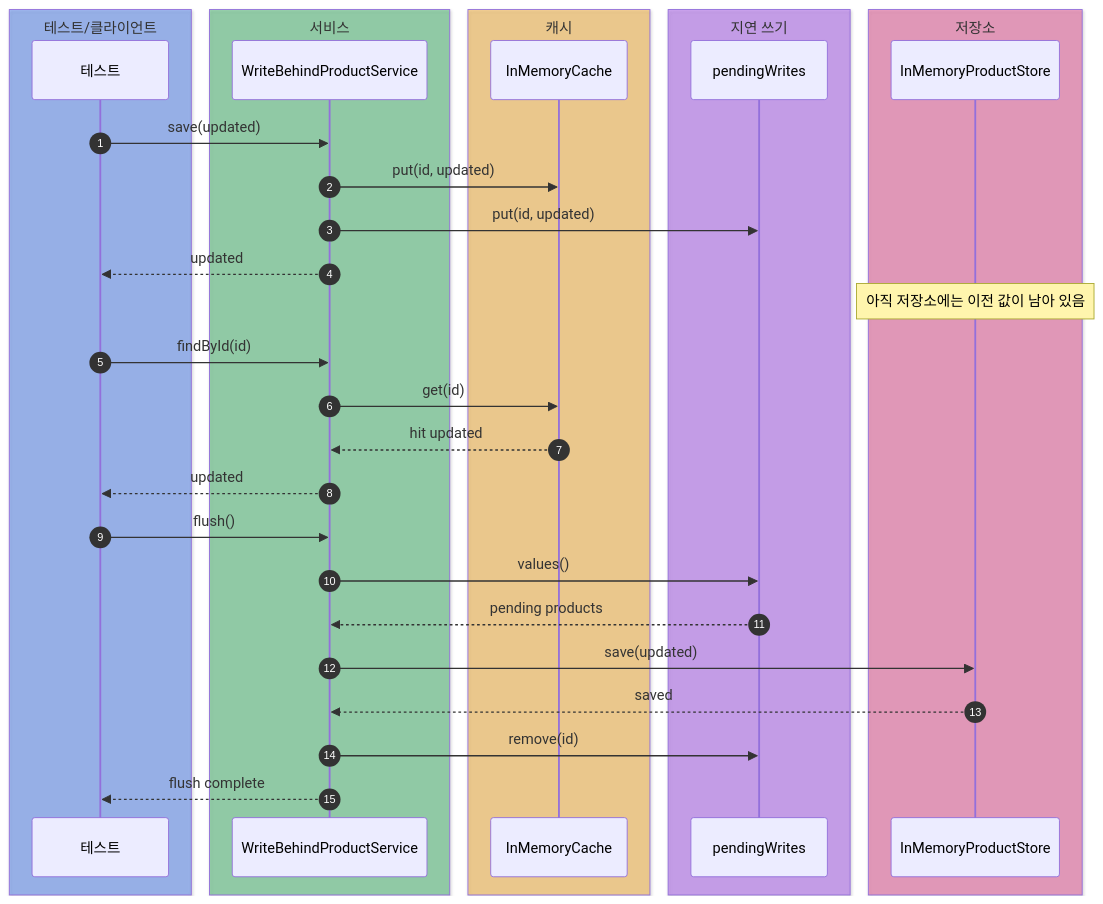
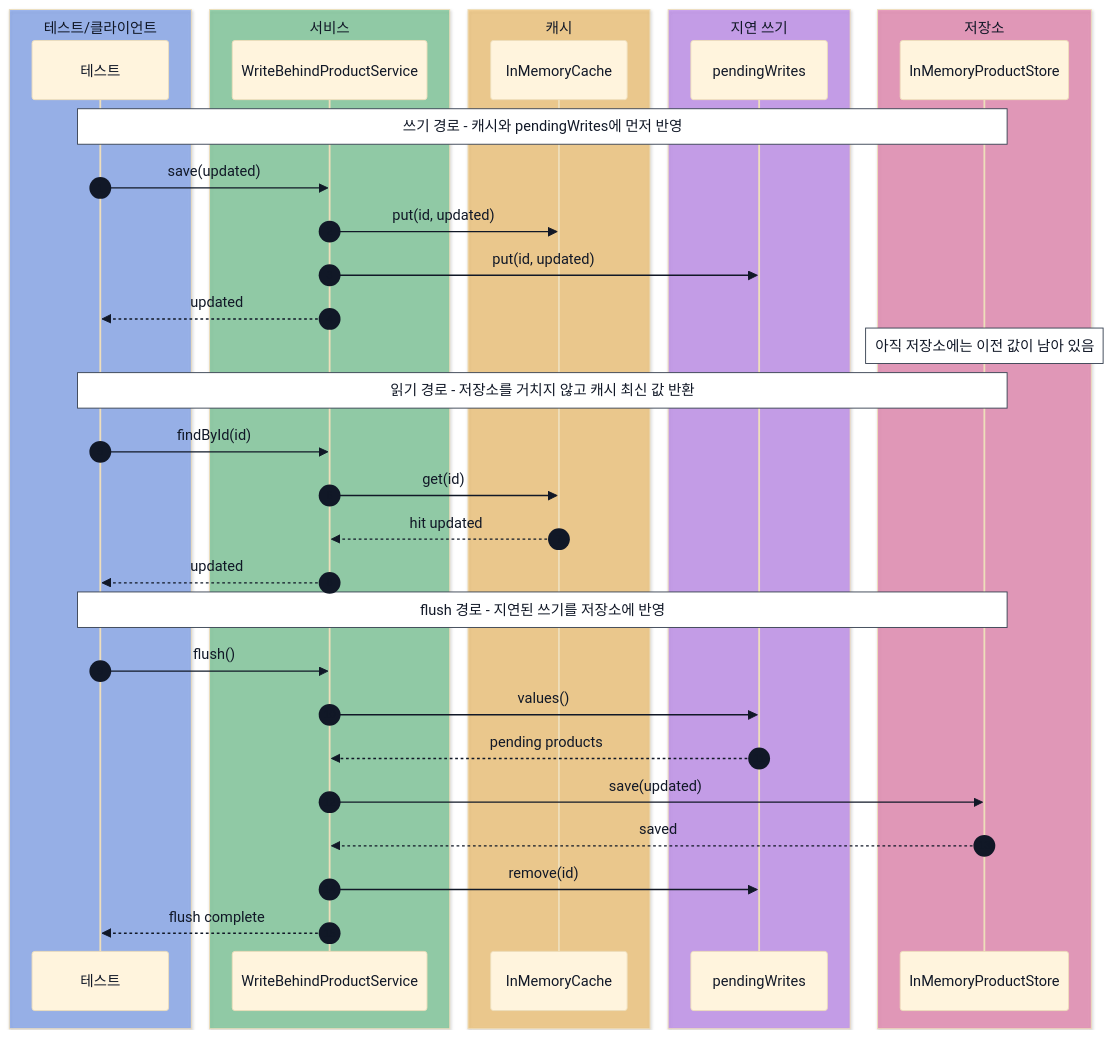
The sixth of 6 diagrams in labs/cache-patterns/README.md (HJC96/deep-dive), drawn with Mermaid before and after one commit. The commit also changed other lines of this file and 10 other files, not shown here.

````diff
--- a/labs/cache-patterns/README.md
+++ b/labs/cache-patterns/README.md
@@ -457,38 +479,42 @@
 ```mermaid
+%%{init: {"theme": "base", "themeVariables": {"primaryTextColor": "#111827", "secondaryTextColor": "#111827", "tertiaryTextColor": "#111827", "actorTextColor": "#111827", "signalTextColor": "#111827", "labelTextColor": "#111827", "noteTextColor": "#111827", "noteBkgColor": "#ffffff", "noteBorderColor": "#374151", "sequenceNumberColor": "#111827"}}}%%
 sequenceDiagram
     autonumber
     box rgba(37, 99, 235, 0.40) 테스트/클라이언트
     participant Test as 테스트
     end
     box rgba(22, 163, 74, 0.40) 서비스
     participant Service as WriteBehindProductService
     end
     box rgba(245, 158, 11, 0.40) 캐시
     participant Cache as InMemoryCache
     end
     box rgba(147, 51, 234, 0.40) 지연 쓰기
     participant Queue as pendingWrites
     end
     box rgba(219, 39, 119, 0.40) 저장소
     participant Store as InMemoryProductStore
     end
 
+    Note over Test,Store: 쓰기 경로 - 캐시와 pendingWrites에 먼저 반영
     Test->>Service: save(updated)
     Service->>Cache: put(id, updated)
     Service->>Queue: put(id, updated)
     Service-->>Test: updated
     Note over Store: 아직 저장소에는 이전 값이 남아 있음
 
+    Note over Test,Store: 읽기 경로 - 저장소를 거치지 않고 캐시 최신 값 반환
     Test->>Service: findById(id)
     Service->>Cache: get(id)
     Cache-->>Service: hit updated
     Service-->>Test: updated
 
+    Note over Test,Store: flush 경로 - 지연된 쓰기를 저장소에 반영
     Test->>Service: flush()
     Service->>Queue: values()
     Queue-->>Service: pending products
     Service->>Store: save(updated)
     Store-->>Service: saved
     Service->>Queue: remove(id)
     Service-->>Test: flush complete
 ```
````
